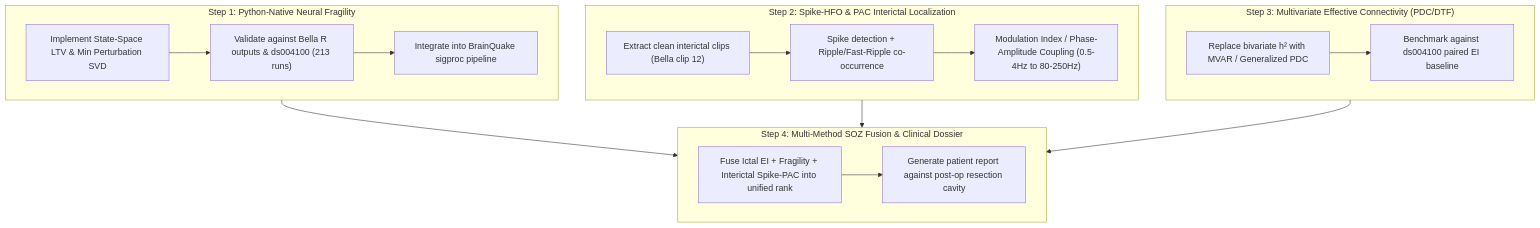
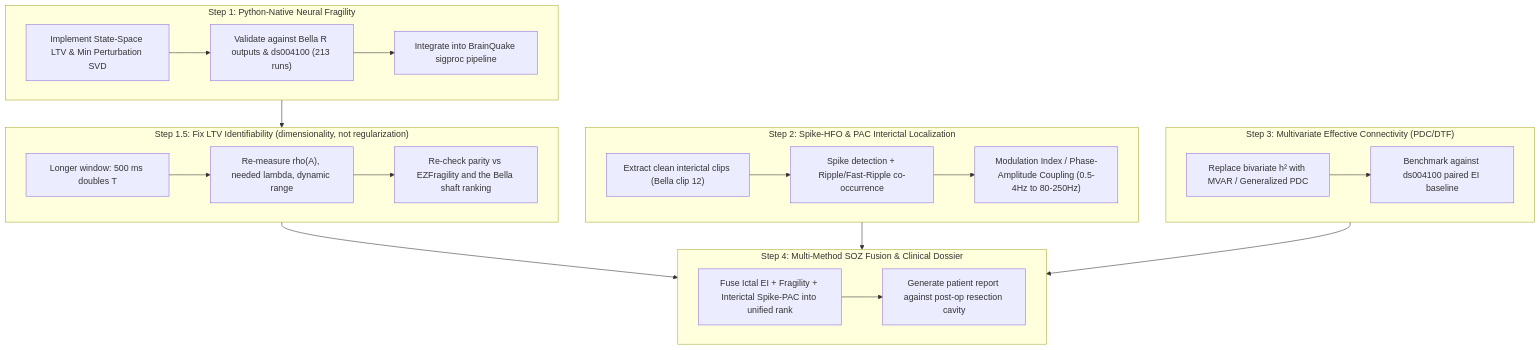
The diagram in docs/plans/next_steps.md (ferreus/BrainQuake), drawn with Mermaid before and after one commit. The commit also changed other lines of this file, not shown here.

First line of the commit message:
plans: add step 1.5 -- LTV identifiability is a dimensionality problem

````diff
--- a/docs/plans/next_steps.md
+++ b/docs/plans/next_steps.md
@@ -11,25 +11,31 @@
 ```mermaid
 flowchart TD
     subgraph Step1 ["Step 1: Python-Native Neural Fragility"]
         A["Implement State-Space LTV & Min Perturbation SVD"] --> B["Validate against Bella R outputs & ds004100 (213 runs)"]
         B --> C["Integrate into BrainQuake sigproc pipeline"]
+    end
+
+    subgraph Step1_5 ["Step 1.5: Fix LTV Identifiability (dimensionality, not regularization)"]
+        K["Longer window: 500 ms doubles T"] --> L["Re-measure rho(A), needed lambda, dynamic range"]
+        L --> M["Re-check parity vs EZFragility and the Bella shaft ranking"]
     end
 
     subgraph Step2 ["Step 2: Spike-HFO & PAC Interictal Localization"]
         D["Extract clean interictal clips (Bella clip 12)"] --> E["Spike detection + Ripple/Fast-Ripple co-occurrence"]
         E --> F["Modulation Index / Phase-Amplitude Coupling (0.5-4Hz to 80-250Hz)"]
     end
 
     subgraph Step3 ["Step 3: Multivariate Effective Connectivity (PDC/DTF)"]
         G["Replace bivariate h² with MVAR / Generalized PDC"] --> H["Benchmark against ds004100 paired EI baseline"]
     end
 
     subgraph Step4 ["Step 4: Multi-Method SOZ Fusion & Clinical Dossier"]
         I["Fuse Ictal EI + Fragility + Interictal Spike-PAC into unified rank"]
         I --> J["Generate patient report against post-op resection cavity"]
     end
 
-    Step1 --> Step4
+    Step1 --> Step1_5
+    Step1_5 --> Step4
     Step2 --> Step4
     Step3 --> Step4
 ```
````
